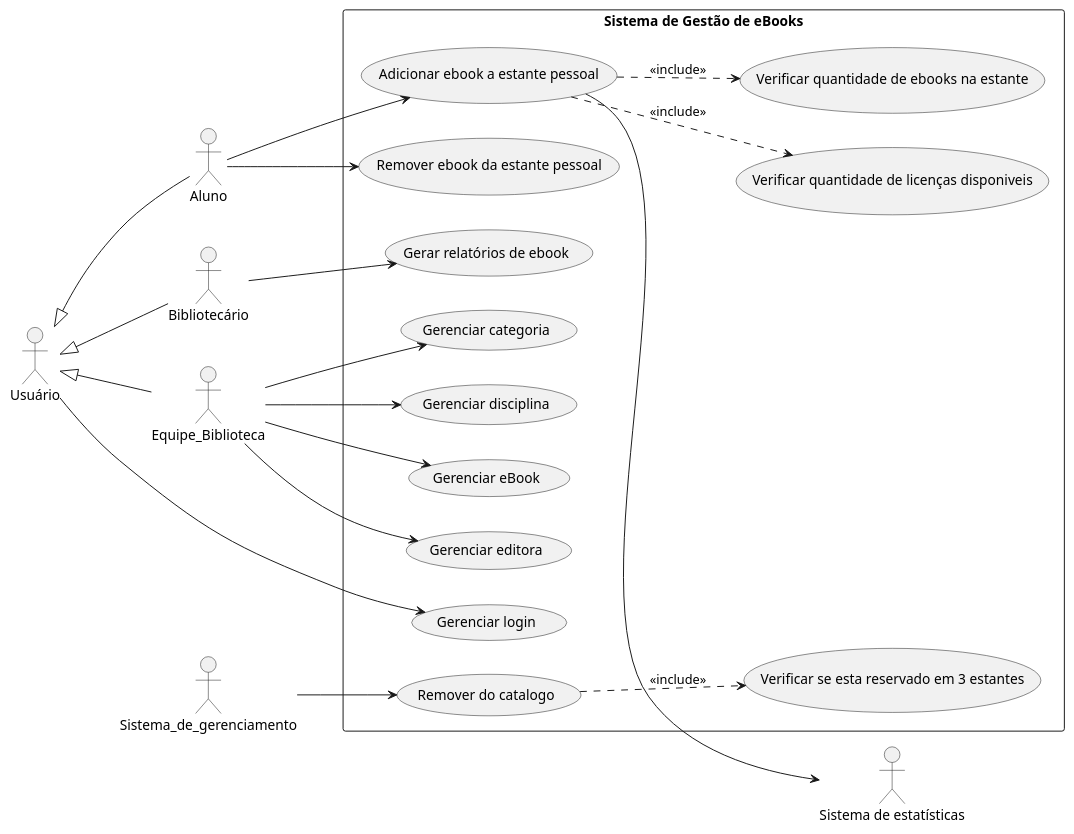
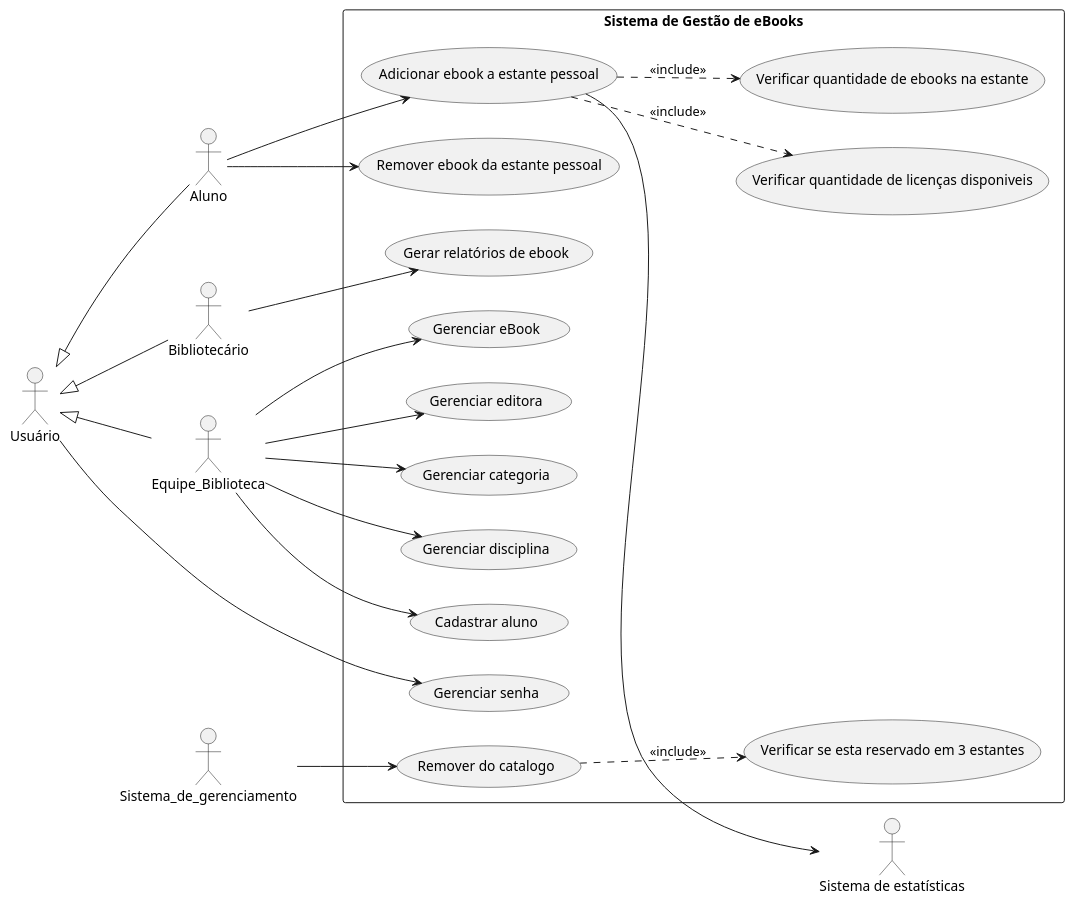
The diagram in docs/diagramas/casos-de-uso.puml (brunokilo/lab01-ebooks-biblioteca), drawn with PlantUML before and after one commit. The commit also changed 1 other file, not shown here.

Commit message:
docs: adiciona diagrama de casos de uso em PlantUML e png

```diff
--- a/docs/diagramas/casos-de-uso.puml
+++ b/docs/diagramas/casos-de-uso.puml
@@ -1,48 +1,50 @@
 @startuml
 left to right direction
 skinparam packageStyle rectangle
 
 actor "Usuário" as Usuario
 actor Aluno
 actor "Bibliotecário" as Bibliotecario
 actor Equipe_Biblioteca
 actor Sistema_de_gerenciamento
 actor "Sistema de estatísticas" as Sistema_de_estatisticas
 
 rectangle "Sistema de Gestão de eBooks" {
-  usecase "Gerenciar login" as UC01
+  usecase "Gerenciar senha" as UC01
   usecase "Adicionar ebook a estante pessoal" as UC02
   usecase "Remover ebook da estante pessoal" as UC03
   usecase "Gerar relatórios de ebook" as UC04
   usecase "Gerenciar eBook" as UC05
   usecase "Gerenciar editora" as UC06
   usecase "Gerenciar categoria" as UC07
   usecase "Gerenciar disciplina" as UC08
   usecase "Remover do catalogo" as UC09
   usecase "Verificar se esta reservado em 3 estantes" as UC10
   usecase "Verificar quantidade de ebooks na estante" as UC11
   usecase "Verificar quantidade de licenças disponiveis" as UC12
+  usecase "Cadastrar aluno" as UC13
 }
 
 Usuario <|-- Equipe_Biblioteca 
 Usuario <|-- Bibliotecario 
 Usuario <|-- Aluno 
 
 Usuario --> (UC01)
 
 Equipe_Biblioteca --> (UC05)
 Equipe_Biblioteca --> (UC06)
 Equipe_Biblioteca --> (UC07)
 Equipe_Biblioteca --> (UC08)
+Equipe_Biblioteca --> (UC13)
 
 Bibliotecario --> (UC04)
 
 Aluno --> (UC02)
 (UC02)..> (UC11) : <<include>>
 (UC02)..> (UC12) : <<include>>
 (UC02)--> Sistema_de_estatisticas
 Aluno --> (UC03)
 
 Sistema_de_gerenciamento --> (UC09)
 (UC09)..> (UC10) : <<include>>
 @enduml
```
